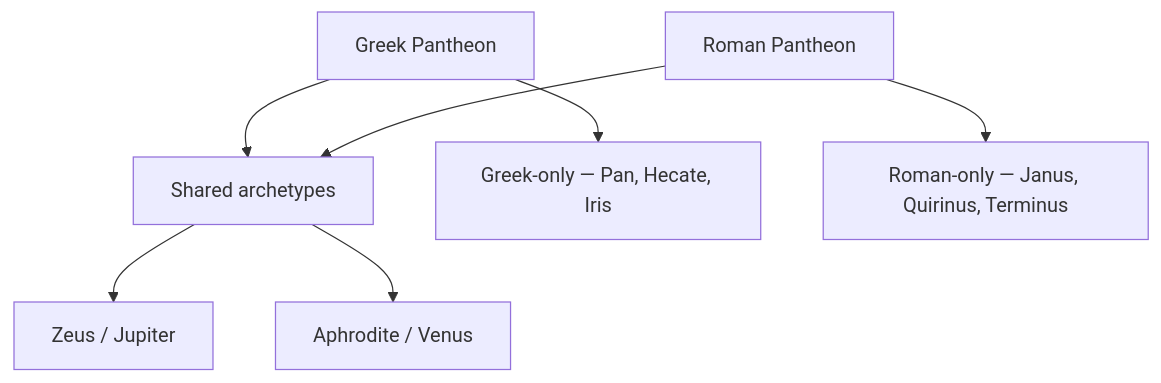
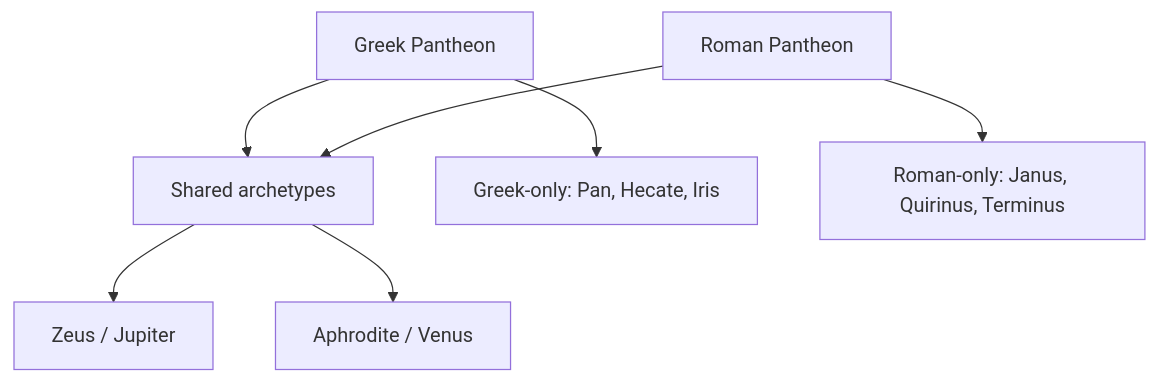
Before and after one commit to kennethreitz/kennethreitz.org: the diagram in data/knowledge/mythology/greek-roman-equivalents.md, drawn with Mermaid. The commit also changed other lines of this file and 879 other files, not shown here.

````diff
--- a/data/knowledge/mythology/greek-roman-equivalents.md
+++ b/data/knowledge/mythology/greek-roman-equivalents.md
@@ -84,11 +84,11 @@
 ```mermaid
 flowchart TD
     G["Greek Pantheon"]
     R["Roman Pantheon"]
     G --> S["Shared archetypes"]
     R --> S
     S --> S1["Zeus / Jupiter"]
     S --> S2["Aphrodite / Venus"]
-    G --> GO["Greek-only — Pan, Hecate, Iris"]
-    R --> RO["Roman-only — Janus, Quirinus, Terminus"]
+    G --> GO["Greek-only: Pan, Hecate, Iris"]
+    R --> RO["Roman-only: Janus, Quirinus, Terminus"]
 ```
````
